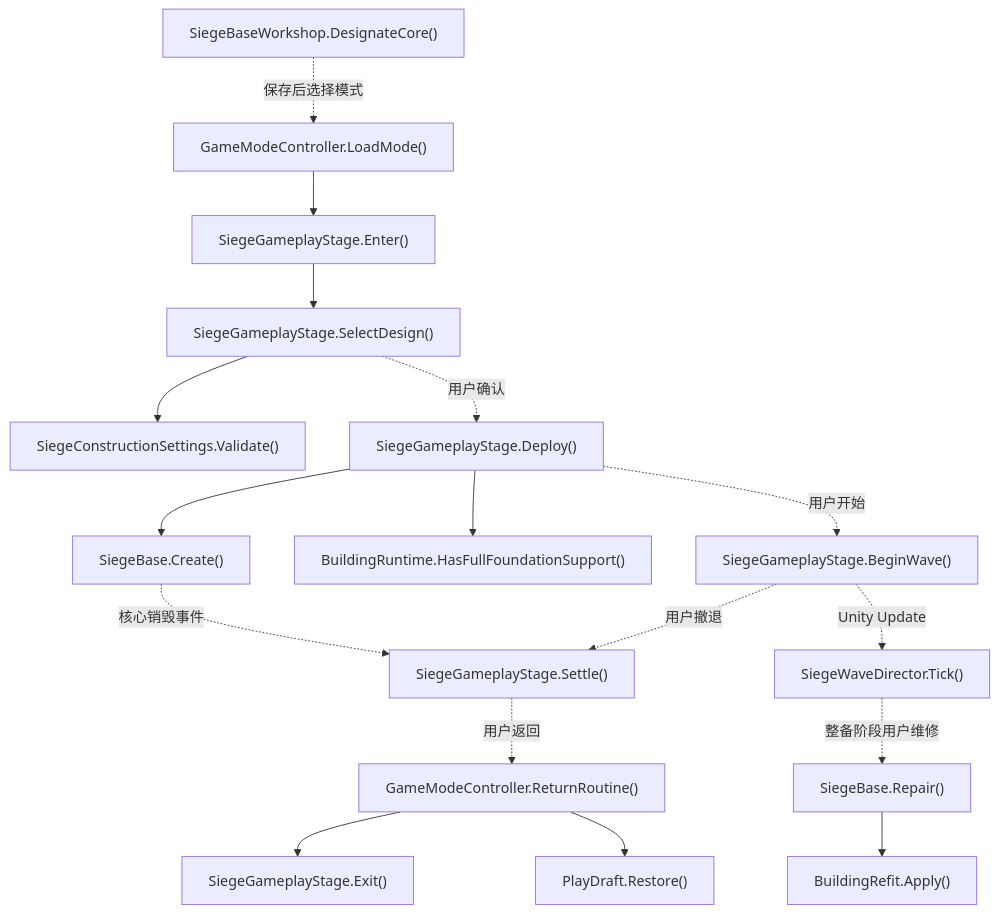
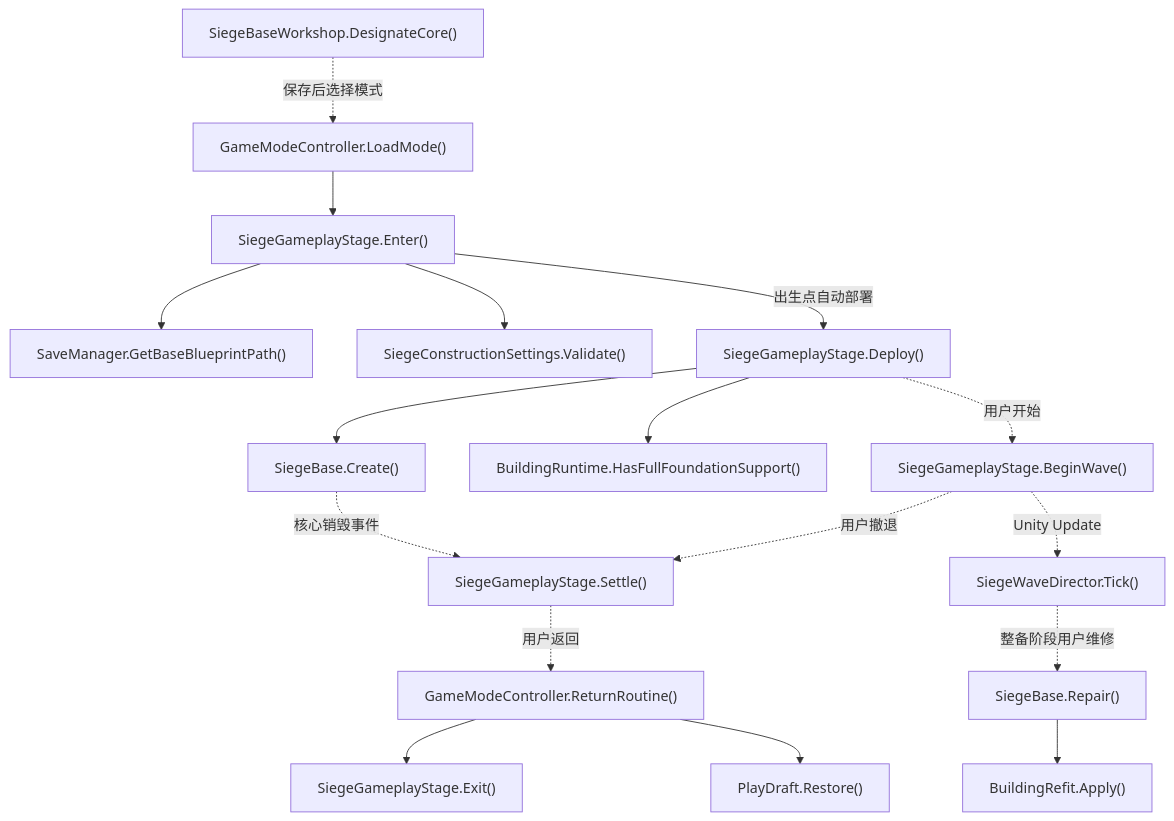
One commit to kukudia/HY-Sandbox changed the second of 58 diagrams in Docs/RuntimeFlow.md. Above: the diagram before and after it, drawn with Mermaid. The commit also changed other lines of this file and 46 other files, not shown here.

First line of the commit message:
Summary: Separate base blueprints and streamline automatic Siege deployment

````diff
--- a/Docs/RuntimeFlow.md
+++ b/Docs/RuntimeFlow.md
@@ -103,51 +103,51 @@
 ```mermaid
 flowchart TD
     A["SiegeBaseWorkshop.DesignateCore()"]
     click A "../Assets/Scripts/Features/Siege/Gameplay/SiegeBaseWorkshop.cs#L56" "打开源码"
     B["GameModeController.LoadMode()"]
-    click B "../Assets/Scripts/Features/Simulation/Modes/GameModeController.cs#L120" "打开源码"
+    click B "../Assets/Scripts/Features/Simulation/Modes/GameModeController.cs#L121" "打开源码"
     C["SiegeGameplayStage.Enter()"]
-    click C "../Assets/Scripts/Features/Siege/Gameplay/SiegeGameplayStage.cs#L65" "打开源码"
-    D["SiegeGameplayStage.SelectDesign()"]
-    click D "../Assets/Scripts/Features/Siege/Gameplay/SiegeGameplayStage.cs#L124" "打开源码"
+    click C "../Assets/Scripts/Features/Siege/Gameplay/SiegeGameplayStage.cs#L61" "打开源码"
+    D["SaveManager.GetBaseBlueprintPath()"]
+    click D "../Assets/Scripts/Features/Building/SaveManager.cs#L104" "打开源码"
     E["SiegeConstructionSettings.Validate()"]
     click E "../Assets/Scripts/Features/Siege/Gameplay/SiegeConstructionSettings.cs#L36" "打开源码"
     F["SiegeGameplayStage.Deploy()"]
-    click F "../Assets/Scripts/Features/Siege/Gameplay/SiegeGameplayStage.cs#L224" "打开源码"
+    click F "../Assets/Scripts/Features/Siege/Gameplay/SiegeGameplayStage.cs#L161" "打开源码"
     G["SiegeBase.Create()"]
     click G "../Assets/Scripts/Features/Siege/Battle/SiegeBase.cs#L48" "打开源码"
     H["BuildingRuntime.HasFullFoundationSupport()"]
     click H "../Assets/Scripts/Features/World/Buildings/BuildingRuntime.cs#L313" "打开源码"
     I["SiegeGameplayStage.BeginWave()"]
-    click I "../Assets/Scripts/Features/Siege/Gameplay/SiegeGameplayStage.cs#L278" "打开源码"
+    click I "../Assets/Scripts/Features/Siege/Gameplay/SiegeGameplayStage.cs#L214" "打开源码"
     J["SiegeWaveDirector.Tick()"]
     click J "../Assets/Scripts/Features/Siege/Battle/SiegeWaveDirector.cs#L46" "打开源码"
     K["SiegeBase.Repair()"]
     click K "../Assets/Scripts/Features/Siege/Battle/SiegeBase.cs#L151" "打开源码"
     L["BuildingRefit.Apply()"]
     click L "../Assets/Scripts/Features/World/Buildings/Topology/BuildingRefit.cs#L9" "打开源码"
     M["SiegeGameplayStage.Settle()"]
-    click M "../Assets/Scripts/Features/Siege/Gameplay/SiegeGameplayStage.cs#L387" "打开源码"
+    click M "../Assets/Scripts/Features/Siege/Gameplay/SiegeGameplayStage.cs#L323" "打开源码"
     N["GameModeController.ReturnRoutine()"]
-    click N "../Assets/Scripts/Features/Simulation/Modes/GameModeController.cs#L293" "打开源码"
+    click N "../Assets/Scripts/Features/Simulation/Modes/GameModeController.cs#L289" "打开源码"
     O["SiegeGameplayStage.Exit()"]
-    click O "../Assets/Scripts/Features/Siege/Gameplay/SiegeGameplayStage.cs#L440" "打开源码"
+    click O "../Assets/Scripts/Features/Siege/Gameplay/SiegeGameplayStage.cs#L366" "打开源码"
     P["PlayDraft.Restore()"]
     click P "../Assets/Scripts/Features/Simulation/Modes/PlayDraft.cs#L55" "打开源码"
     A -.->|保存后选择模式| B
     B --> C
     C --> D
-    D --> E
-    D -.->|用户确认| F
+    C --> E
+    C -->|出生点自动部署| F
     F --> G
     F --> H
     F -.->|用户开始| I
     I -.->|Unity Update| J
     J -.->|整备阶段用户维修| K
     K --> L
     G -.->|核心销毁事件| M
     I -.->|用户撤退| M
     M -.->|用户返回| N
     N --> O
     N --> P
 ```
````
